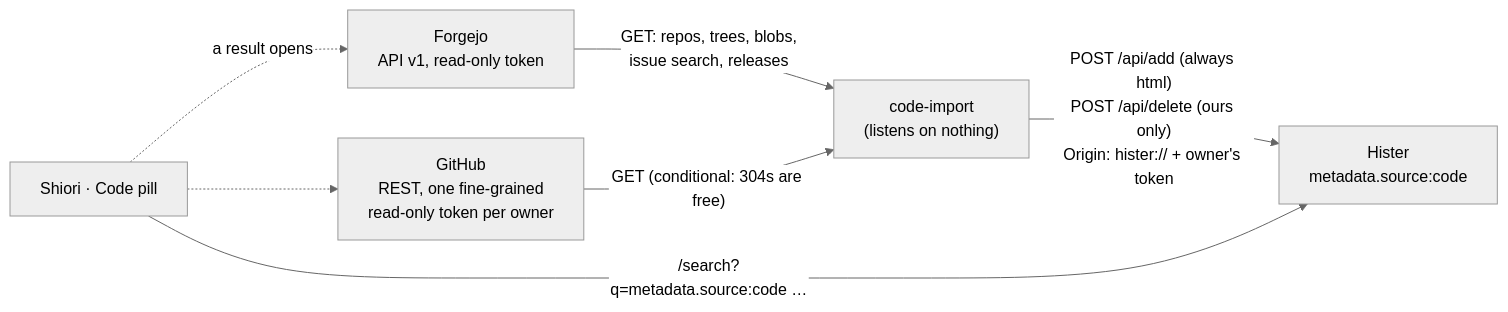
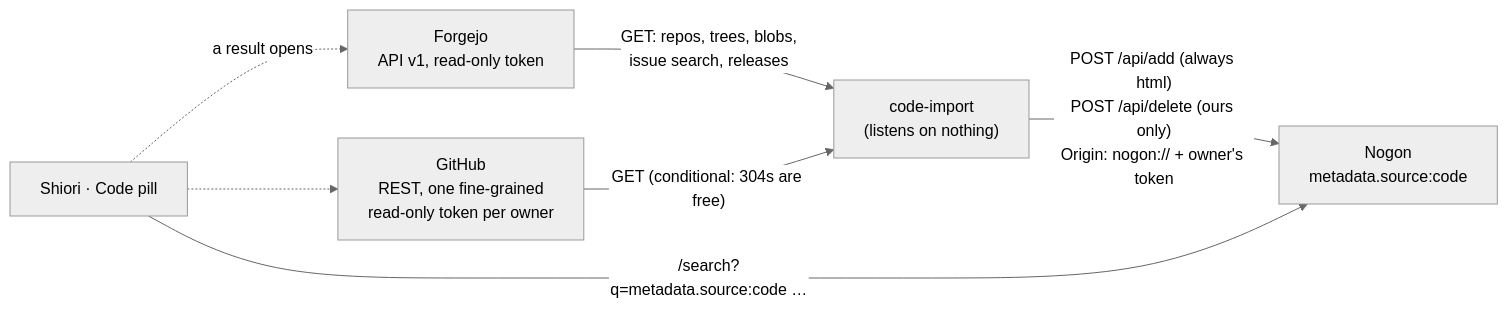
The diagram in docs/services/code-import.md (machiya-kobo/machiya), drawn with Mermaid (neutral theme) before and after one commit. The commit also changed other lines of this file and 30 other files, not shown here.

First line of the commit message:
machiya: docs: Hister is now Nogon, stage 3b (contract and service doc renamed)

````diff
--- a/docs/services/code-import.md
+++ b/docs/services/code-import.md
@@ -18,9 +18,9 @@
 ```mermaid
 flowchart LR
     fj["Forgejo<br/>API v1, read-only token"] -->|"GET: repos, trees, blobs,<br/>issue search, releases"| ci["code-import<br/>(listens on nothing)"]
     gh["GitHub<br/>REST, one fine-grained<br/>read-only token per owner"] -->|"GET (conditional: 304s are free)"| ci
-    ci -->|"POST /api/add (always html)<br/>POST /api/delete (ours only)<br/>Origin: hister:// + owner's token"| h["Hister<br/>metadata.source:code"]
+    ci -->|"POST /api/add (always html)<br/>POST /api/delete (ours only)<br/>Origin: nogon:// + owner's token"| h["Nogon<br/>metadata.source:code"]
     s["Shiori · Code pill"] -->|"/search?q=metadata.source:code …"| h
     s -.->|"a result opens"| fj
     s -.-> gh
 ```
````
